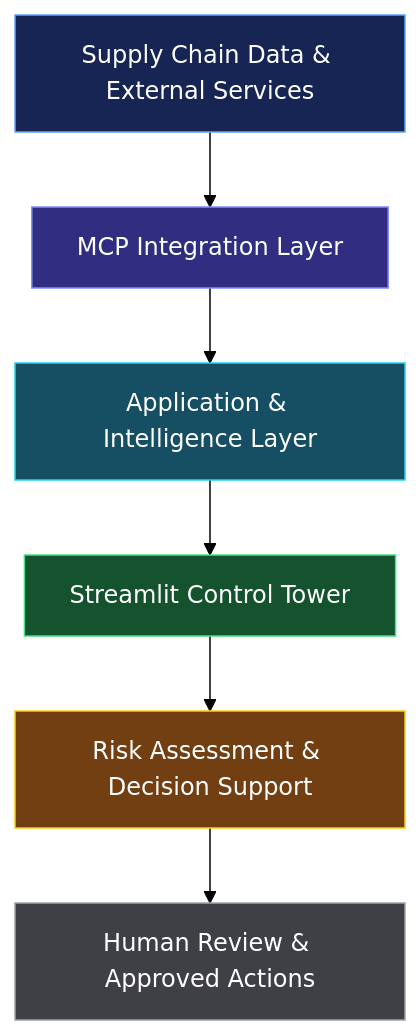
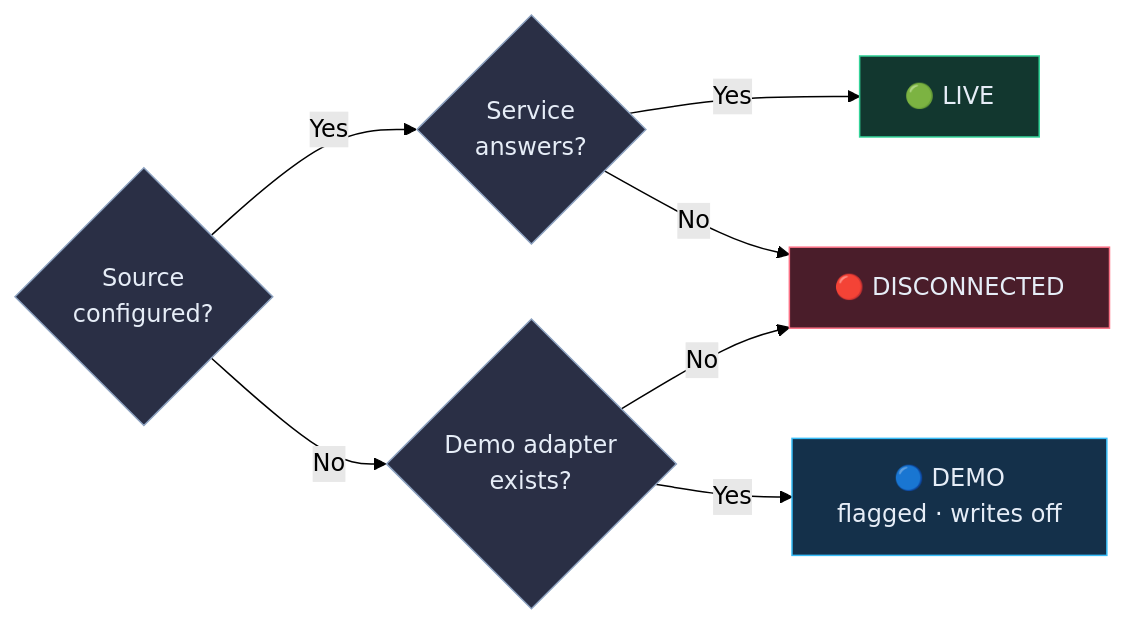
The third of 3 diagrams in README.md (armaans-29/MCP-Integrated-Supply-Chain-Risk-Intelligence-Decision-Support-System), drawn with Mermaid (forest theme) before and after one commit. The commit also changed other lines of this file, not shown here.

````diff
--- a/README.md
+++ b/README.md
@@ -87,22 +181,18 @@
 ```mermaid
-flowchart TB
-    A["Supply Chain Data & External Services"]
-    B["MCP Integration Layer"]
-    C["Application & Intelligence Layer"]
-    D["Streamlit Control Tower"]
-    E["Risk Assessment & Decision Support"]
-    F["Human Review & Approved Actions"]
+flowchart LR
+    A{"Source<br/>configured?"} -->|Yes| B{"Service<br/>answers?"}
+    A -->|No| C{"Demo adapter<br/>exists?"}
+    B -->|Yes| L["🟢 LIVE"]
+    B -->|No| X["🔴 DISCONNECTED"]
+    C -->|Yes| D["🔵 DEMO<br/>flagged · writes off"]
+    C -->|No| X
 
-    A --> B
-    B --> C
-    C --> D
-    D --> E
-    E --> F
-
-    style A fill:#172554,stroke:#60A5FA,color:#FFFFFF
-    style B fill:#312E81,stroke:#818CF8,color:#FFFFFF
-    style C fill:#164E63,stroke:#22D3EE,color:#FFFFFF
-    style D fill:#14532D,stroke:#4ADE80,color:#FFFFFF
-    style E fill:#713F12,stroke:#FACC15,color:#FFFFFF
-    style F fill:#3F3F46,stroke:#A1A1AA,color:#FFFFFF
+    classDef live fill:#12372f,stroke:#34d399,color:#e6edf7
+    classDef demo fill:#14304a,stroke:#38bdf8,color:#e6edf7
+    classDef off fill:#4a1d2a,stroke:#fb7185,color:#e6edf7
+    classDef q fill:#2a2f45,stroke:#8da2c0,color:#e6edf7
+    class L live
+    class D demo
+    class X off
+    class A,B,C q
 ```
````
